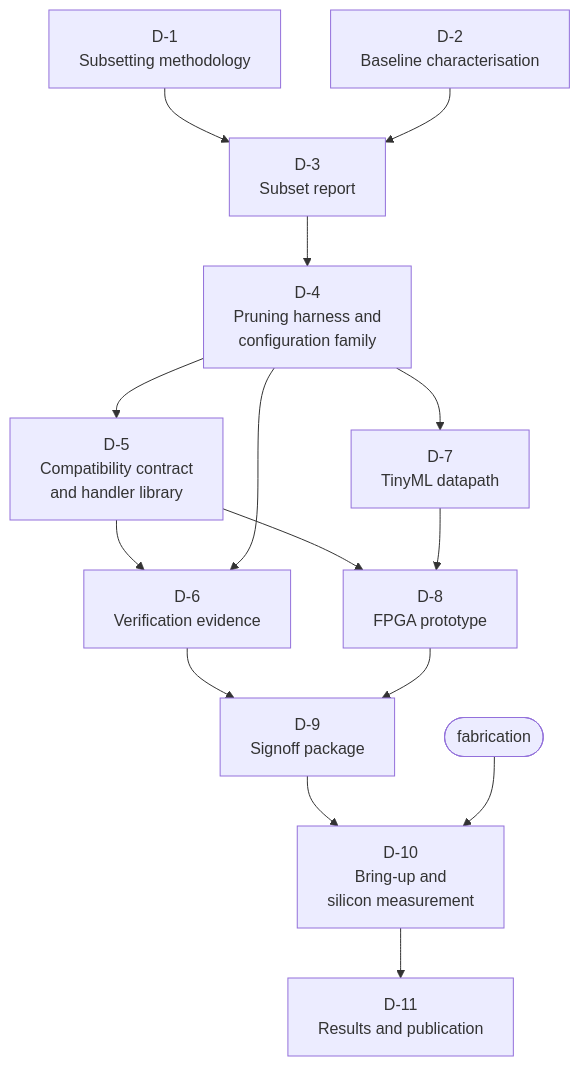
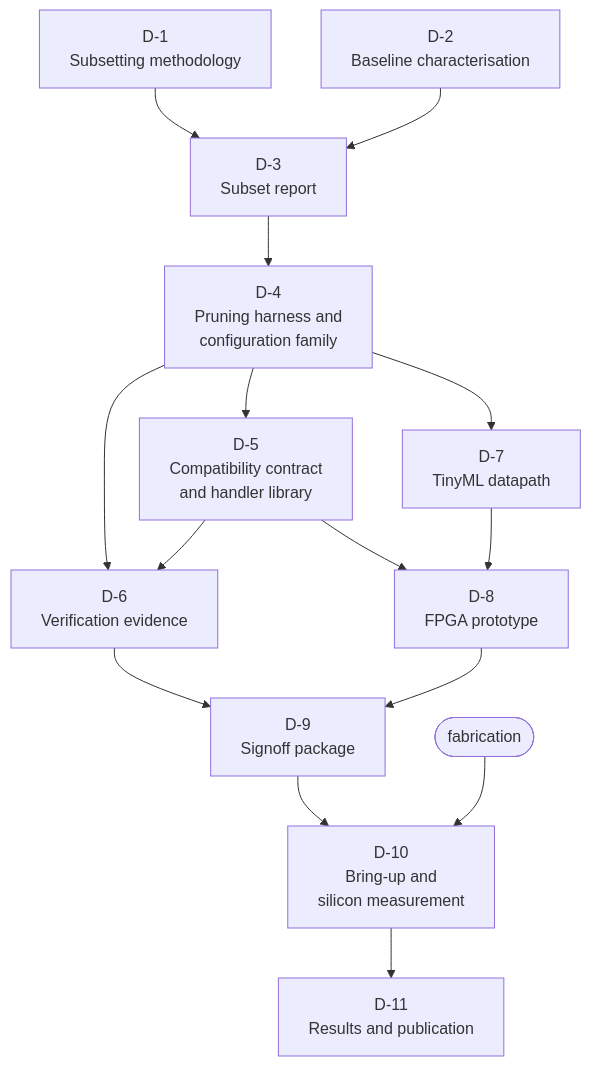
The diagram in docs/08-deliverables.md (tanveerhasan-dsi/slim-cva6-edgeai-soc), drawn with Mermaid before and after one commit. The commit also changed other lines of this file and 19 other files, not shown here.

````diff
--- a/docs/08-deliverables.md
+++ b/docs/08-deliverables.md
@@ -8,30 +6,30 @@
 ```mermaid
 flowchart TD
     D1["D-1<br/>Subsetting methodology"]
     D2["D-2<br/>Baseline characterisation"]
     D3["D-3<br/>Subset report"]
     D4["D-4<br/>Pruning harness and<br/>configuration family"]
     D5["D-5<br/>Compatibility contract<br/>and handler library"]
     D6["D-6<br/>Verification evidence"]
     D7["D-7<br/>TinyML datapath"]
     D8["D-8<br/>FPGA prototype"]
     D9["D-9<br/>Signoff package"]
     D10["D-10<br/>Bring-up and<br/>silicon measurement"]
     D11["D-11<br/>Results and publication"]
     FAB(["fabrication"])
 
     D1 --> D3
     D2 --> D3
     D3 --> D4
     D4 --> D5
     D4 --> D7
+    D4 --> D6
     D5 --> D6
-    D4 --> D6
     D5 --> D8
     D7 --> D8
     D6 --> D9
     D8 --> D9
     D9 --> D10
     FAB --> D10
     D10 --> D11
 ```
````
